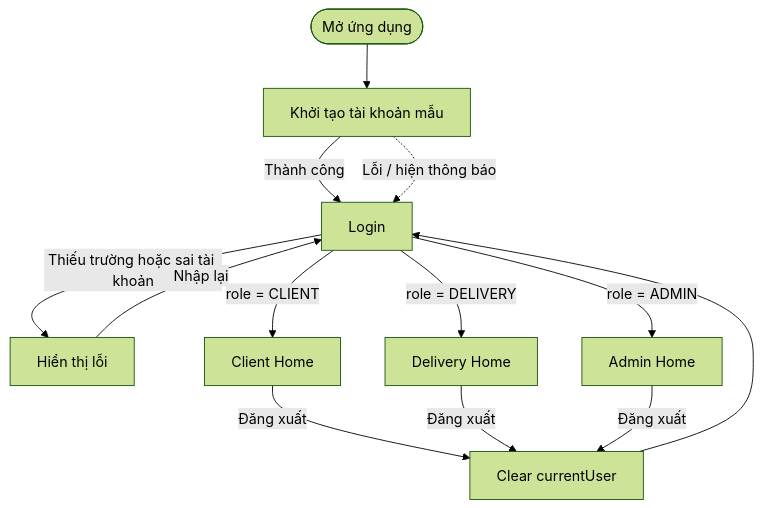
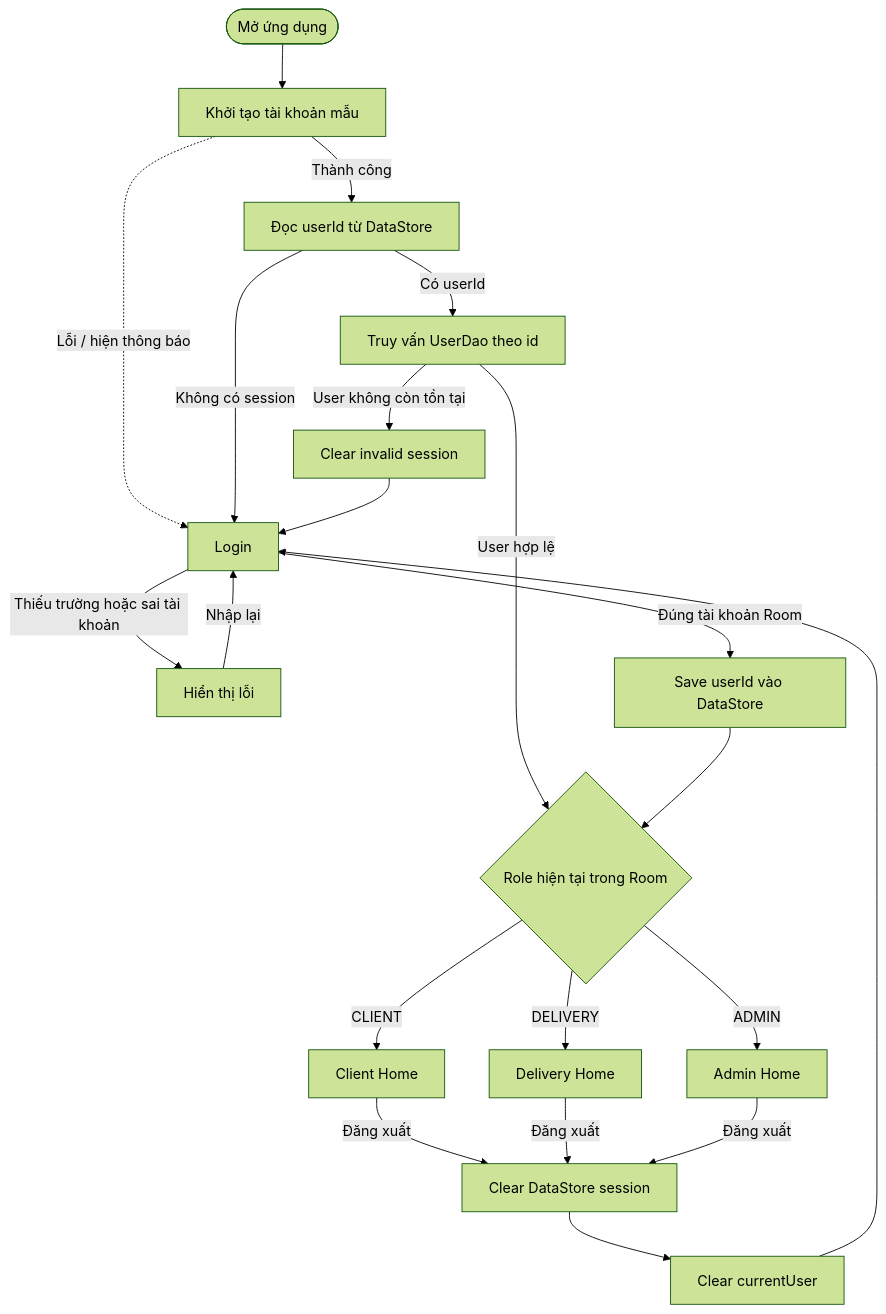
The diagram in Extra/Diagrams/ScreenFlow/SF-00-Auth-Role-Navigation.md (NguyenTanHiep07/MOB402-Nhom10-Android_08), drawn with Mermaid (forest theme) before and after one commit. The commit also changed other lines of this file and 16 other files, not shown here.

````diff
--- a/Extra/Diagrams/ScreenFlow/SF-00-Auth-Role-Navigation.md
+++ b/Extra/Diagrams/ScreenFlow/SF-00-Auth-Role-Navigation.md
@@ -3,15 +3,23 @@
 ```mermaid
 flowchart TD
     START([Mở ứng dụng]) --> INIT[Khởi tạo tài khoản mẫu]
-    INIT -->|Thành công| LOGIN[Login]
+    INIT -->|Thành công| READ_SESSION[Đọc userId từ DataStore]
     INIT -. Lỗi / hiện thông báo .-> LOGIN
+    READ_SESSION -->|Không có session| LOGIN[Login]
+    READ_SESSION -->|Có userId| CHECK_USER[Truy vấn UserDao theo id]
+    CHECK_USER -->|User không còn tồn tại| INVALID[Clear invalid session]
+    INVALID --> LOGIN
+    CHECK_USER -->|User hợp lệ| ROUTE{Role hiện tại trong Room}
     LOGIN -->|Thiếu trường hoặc sai tài khoản| ERROR[Hiển thị lỗi]
     ERROR -->|Nhập lại| LOGIN
-    LOGIN -->|role = CLIENT| CLIENT[Client Home]
-    LOGIN -->|role = DELIVERY| DELIVERY[Delivery Home]
-    LOGIN -->|role = ADMIN| ADMIN[Admin Home]
-    CLIENT -->|Đăng xuất| LOGOUT[Clear currentUser]
+    LOGIN -->|Đúng tài khoản Room| SAVE[Save userId vào DataStore]
+    SAVE --> ROUTE
+    ROUTE -->|CLIENT| CLIENT[Client Home]
+    ROUTE -->|DELIVERY| DELIVERY[Delivery Home]
+    ROUTE -->|ADMIN| ADMIN[Admin Home]
+    CLIENT -->|Đăng xuất| LOGOUT[Clear DataStore session]
     DELIVERY -->|Đăng xuất| LOGOUT
     ADMIN -->|Đăng xuất| LOGOUT
-    LOGOUT --> LOGIN
+    LOGOUT --> CLEAR_STATE[Clear currentUser]
+    CLEAR_STATE --> LOGIN
 ```
````
